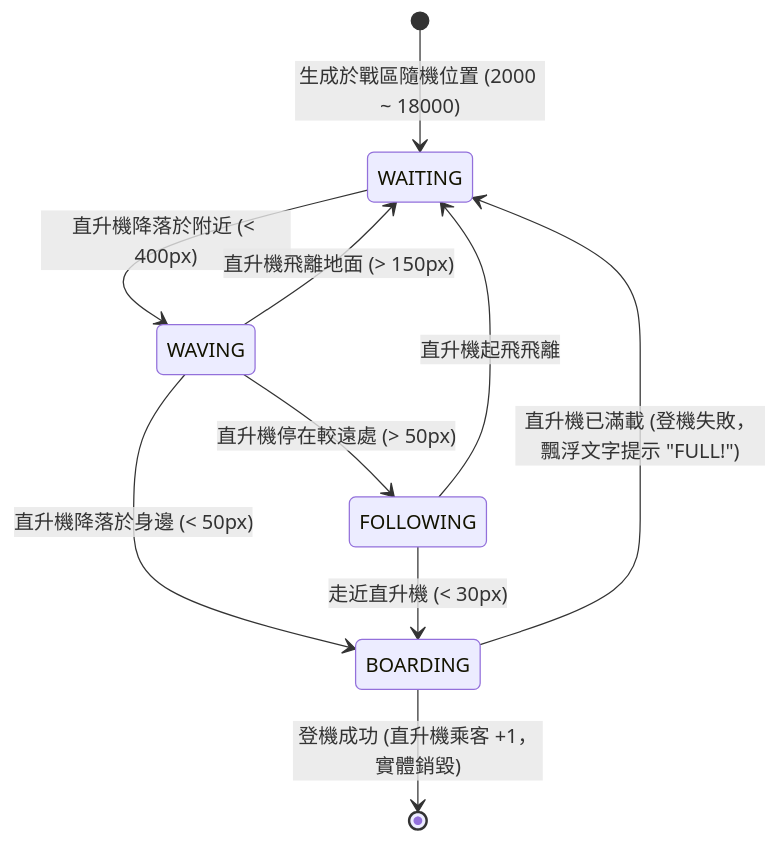
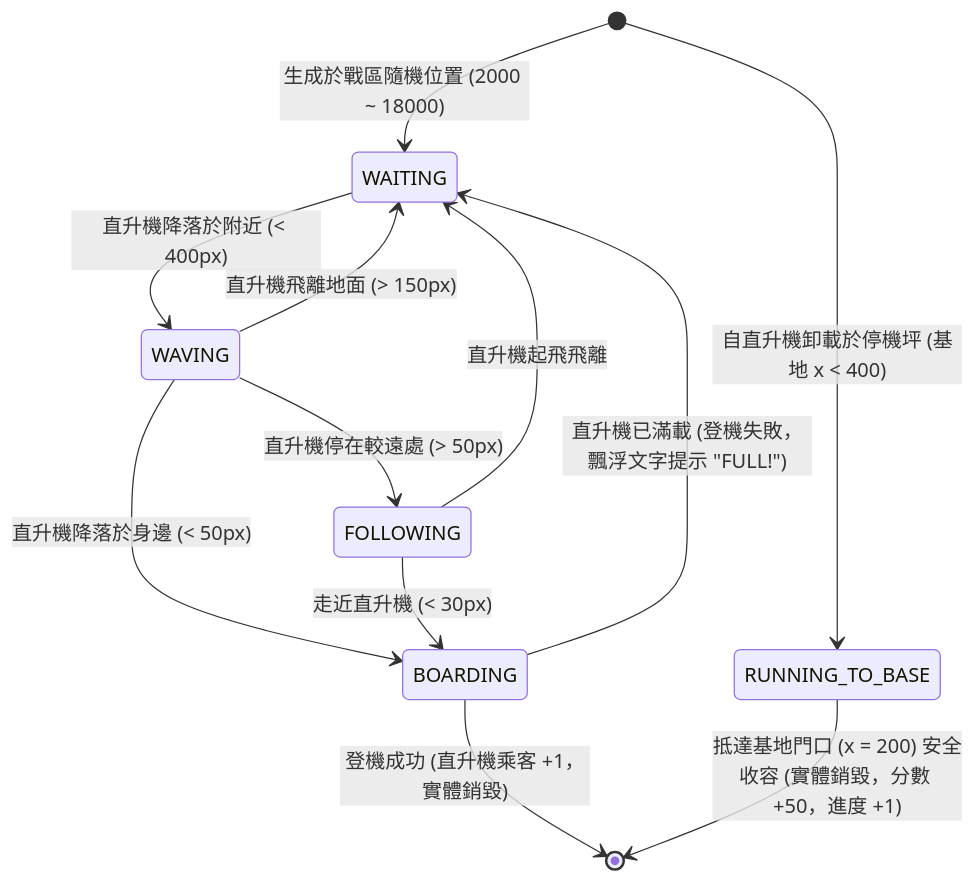
The third of 3 diagrams in spec.md (ericpi/choplifter-web-hd), drawn with Mermaid before and after one commit. The commit also changed other lines of this file, not shown here.

````diff
--- a/spec.md
+++ b/spec.md
@@ -240,12 +252,15 @@
 ```mermaid
 stateDiagram-v2
     [*] --> WAITING : 生成於戰區隨機位置 (2000 ~ 18000)
     WAITING --> WAVING : 直升機降落於附近 (< 400px)
     WAVING --> WAITING : 直升機飛離地面 (> 150px)
     WAVING --> BOARDING : 直升機降落於身邊 (< 50px)
     WAVING --> FOLLOWING : 直升機停在較遠處 (> 50px)
     FOLLOWING --> WAITING : 直升機起飛飛離
     FOLLOWING --> BOARDING : 走近直升機 (< 30px)
     BOARDING --> [*] : 登機成功 (直升機乘客 +1，實體銷毀)
     BOARDING --> WAITING : 直升機已滿載 (登機失敗，飄浮文字提示 "FULL!")
+    
+    [*] --> RUNNING_TO_BASE : 自直升機卸載於停機坪 (基地 x < 400)
+    RUNNING_TO_BASE --> [*] : 抵達基地門口 (x = 200) 安全收容 (實體銷毀，分數 +50，進度 +1)
 ```
````
